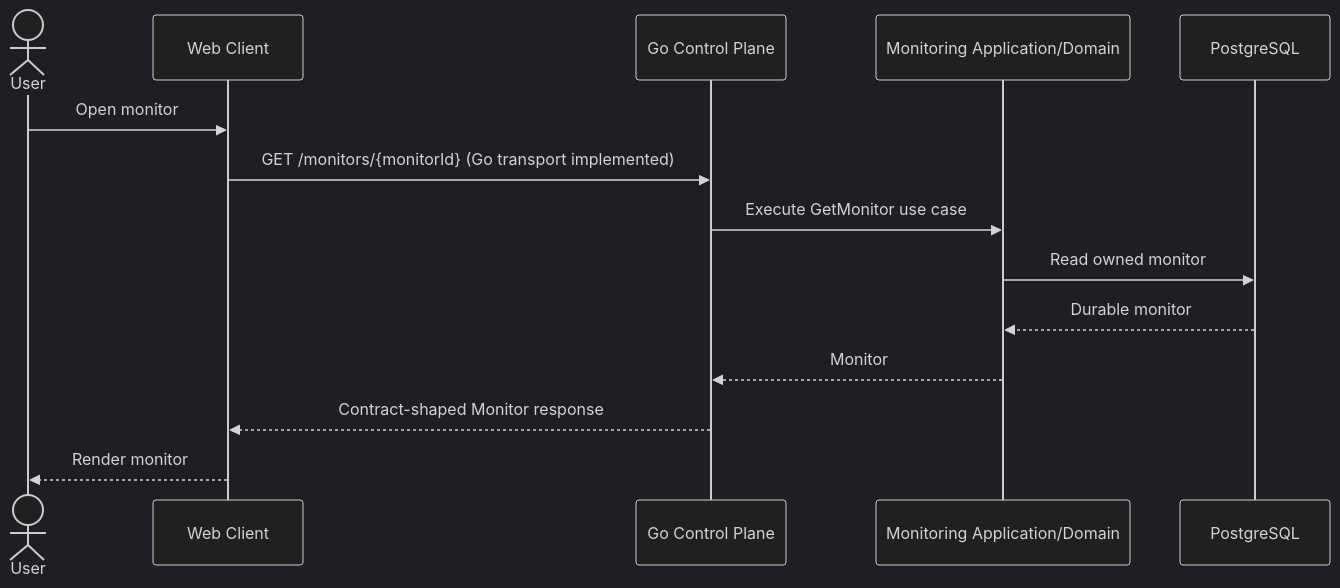
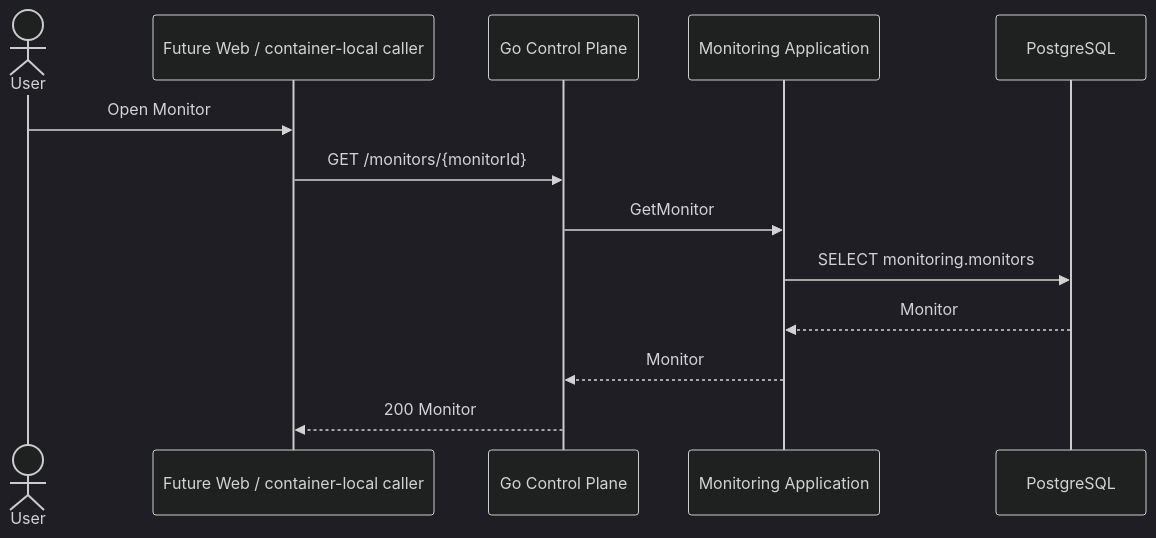
Before and after one commit to kefyusuf/uptime-lab: the third of 4 diagrams in docs/architecture/runtime-flows.md, drawn with Mermaid (dark theme). The commit also changed other lines of this file and 94 other files, not shown here.

````diff
--- a/docs/architecture/runtime-flows.md
+++ b/docs/architecture/runtime-flows.md
@@ -56,17 +64,16 @@
 ```mermaid
 sequenceDiagram
     actor User
-    participant Web as Web Client
+    participant Web as Future Web / container-local caller
     participant Go as Go Control Plane
-    participant Monitoring as Monitoring Application/Domain
+    participant Monitoring as Monitoring Application
     participant DB as PostgreSQL
 
-    User->>Web: Open monitor
-    Web->>Go: GET /monitors/{monitorId} (Go transport implemented)
-    Go->>Monitoring: Execute GetMonitor use case
-    Monitoring->>DB: Read owned monitor
-    DB-->>Monitoring: Durable monitor
+    User->>Web: Open Monitor
+    Web->>Go: GET /monitors/{monitorId}
+    Go->>Monitoring: GetMonitor
+    Monitoring->>DB: SELECT monitoring.monitors
+    DB-->>Monitoring: Monitor
     Monitoring-->>Go: Monitor
-    Go-->>Web: Contract-shaped Monitor response
-    Web-->>User: Render monitor
+    Go-->>Web: 200 Monitor
 ```
````
